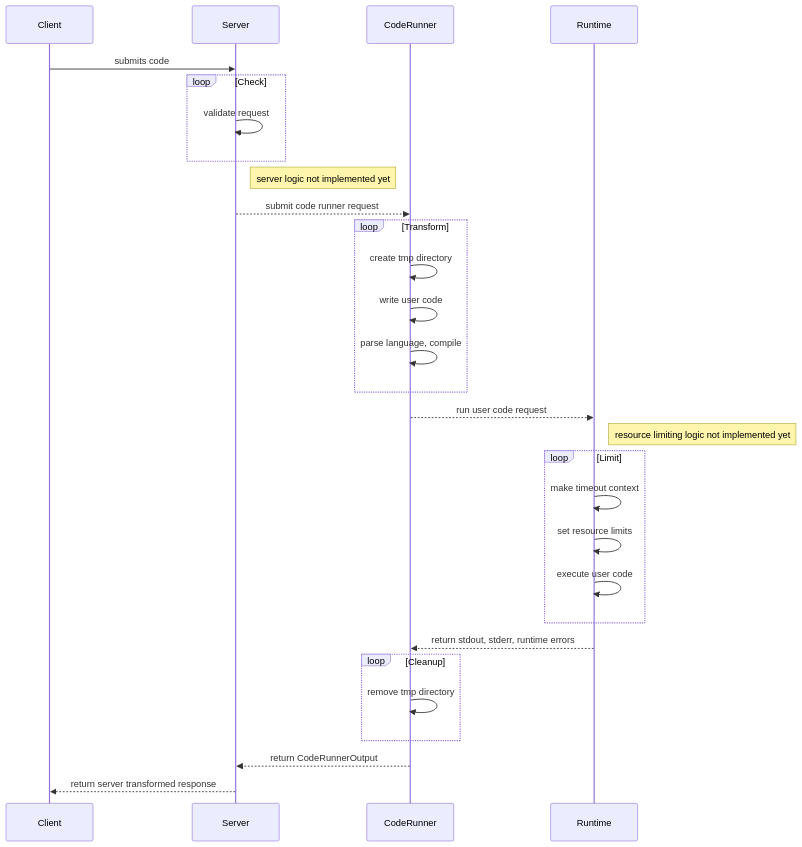
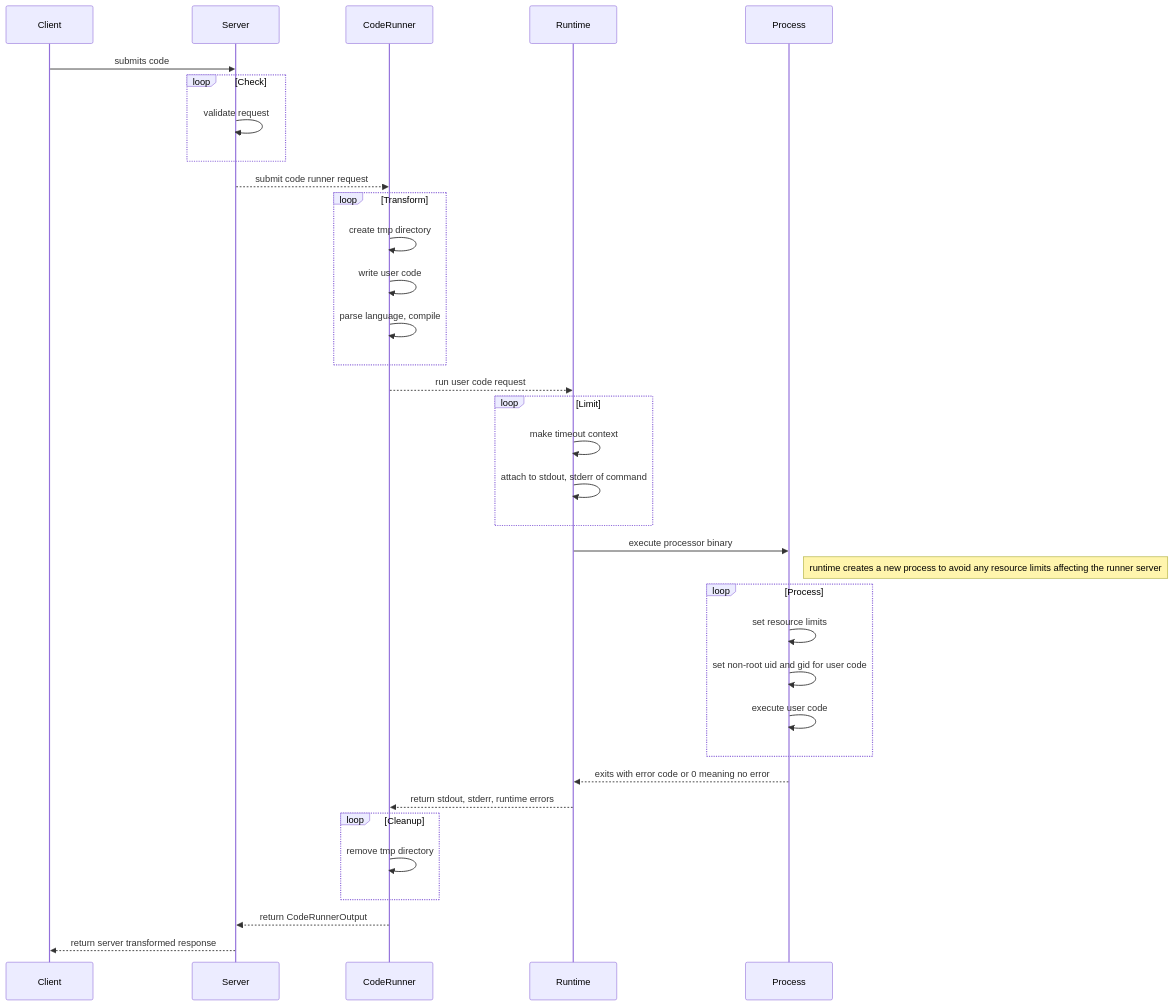
Before and after one commit to camerondurham/codecanvas: the diagram in readme.md, drawn with Mermaid. The commit also changed other lines of this file and 4 other files, not shown here.

````diff
--- a/readme.md
+++ b/readme.md
@@ -19,35 +20,42 @@
 ```mermaid
 sequenceDiagram
 Client->>Server: submits code
 
 loop Check
       Server->>Server: validate request
 end
 
-Note right of Server: server logic not implemented yet
 Server-->>CodeRunner: submit code runner request
 
 loop Transform
       CodeRunner->>CodeRunner: create tmp directory
       CodeRunner->>CodeRunner: write user code
       CodeRunner->>CodeRunner: parse language, compile
 end
 
 CodeRunner-->>Runtime: run user code request
 
-Note right of Runtime: resource limiting logic not implemented yet
 loop Limit
     Runtime->>Runtime: make timeout context
-    Runtime->>Runtime: set resource limits
-    Runtime->>Runtime: execute user code
+    Runtime->>Runtime: attach to stdout, stderr of command
 end
 
+Runtime->>Process: execute processor binary
+
+Note right of Process: runtime creates a new process to avoid any resource limits affecting the runner server
+loop Process
+    Process->>Process: set resource limits
+    Process->>Process: set non-root uid and gid for user code
+    Process->>Process: execute user code
+end
+
+Process-->>Runtime: exits with error code or 0 meaning no error
 Runtime-->>CodeRunner: return stdout, stderr, runtime errors
 
 loop Cleanup
     CodeRunner->>CodeRunner: remove tmp directory
 end
 
 CodeRunner-->>Server: return CodeRunnerOutput
 Server-->>Client: return server transformed response
 ```
````
